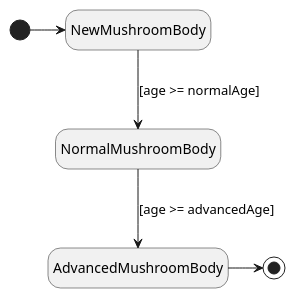
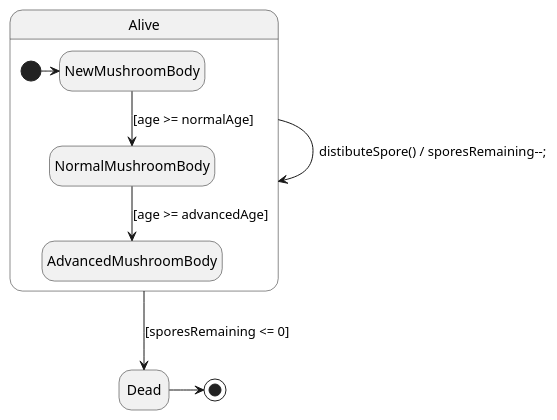
The diagram in diagrams/state/mushroom/mushroomBody.wsd (dzsem/projlab), drawn with PlantUML before and after one commit. The commit also changed 1 other file, not shown here.

Commit message:
Created mushroomThread state chart and fixed mushroom body state chart

```diff
--- a/diagrams/state/mushroom/mushroomBody.wsd
+++ b/diagrams/state/mushroom/mushroomBody.wsd
@@ -1,13 +1,22 @@
 @startuml Mushroom Body Statechart
 hide empty description
+
+state Alive {
 
 state NewMushroomBody
 state NormalMushroomBody
 state AdvancedMushroomBody
 
 [*] -> NewMushroomBody
 NewMushroomBody -down-> NormalMushroomBody : [age >= normalAge]
 NormalMushroomBody -down-> AdvancedMushroomBody : [age >= advancedAge]
-AdvancedMushroomBody -> [*]
+}
+
+state Dead
+
+Alive -> Alive: distibuteSpore() / sporesRemaining--;
+Alive -down-> Dead: [sporesRemaining <= 0]
+
+Dead -> [*]
 
 @enduml
```
